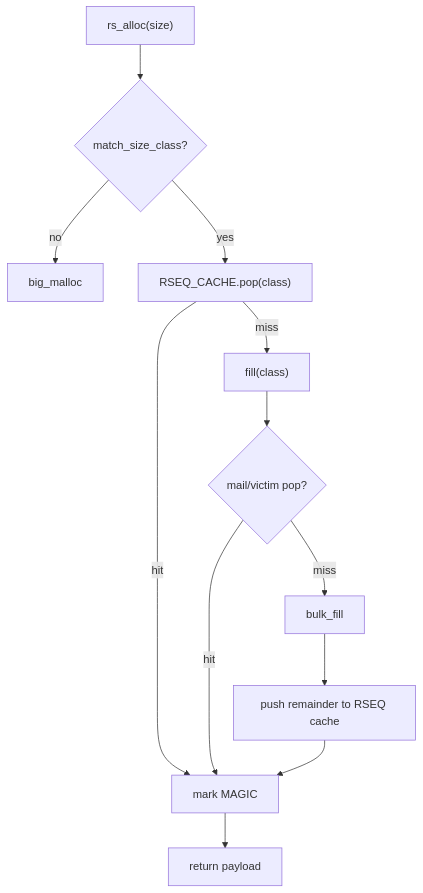
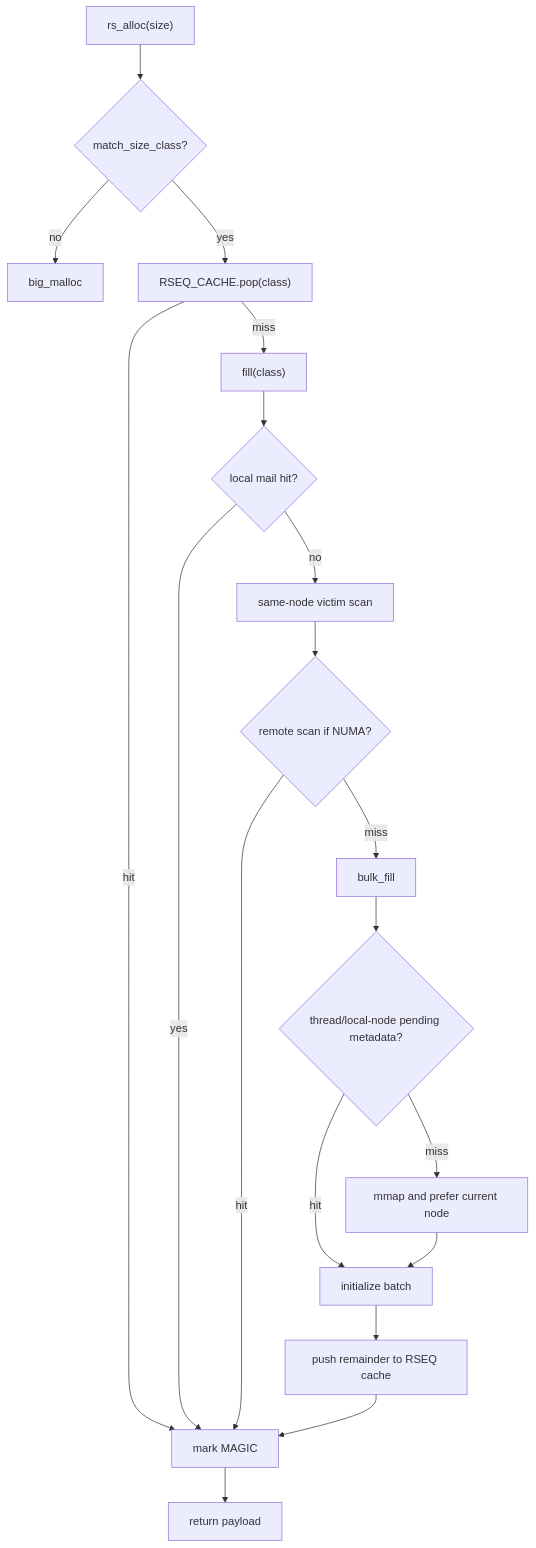
Before and after one commit to Metehan120/rsmalloc: the second of 4 diagrams in architecture.md, drawn with Mermaid. The commit also changed other lines of this file, not shown here.

Commit message:
mermaid update

````diff
--- a/architecture.md
+++ b/architecture.md
@@ -97,14 +109,21 @@
 ```mermaid
 flowchart TD
     A["rs_alloc(size)"] --> B{"match_size_class?"}
     B -- "no" --> BIG["big_malloc"]
     B -- "yes" --> C["RSEQ_CACHE.pop(class)"]
     C -- "hit" --> D["mark MAGIC"]
     C -- "miss" --> E["fill(class)"]
-    E --> F{"mail/victim pop?"}
-    F -- "hit" --> D
-    F -- "miss" --> G["bulk_fill"]
-    G --> H["push remainder to RSEQ cache"]
+    E --> F{"local mail hit?"}
+    F -- "yes" --> D
+    F -- "no" --> N["same-node victim scan"]
+    N --> R{"remote scan if NUMA?"}
+    R -- "hit" --> D
+    R -- "miss" --> G["bulk_fill"]
+    G --> P{"thread/local-node pending metadata?"}
+    P -- "hit" --> I["initialize batch"]
+    P -- "miss" --> M["mmap and prefer current node"]
+    M --> I
+    I --> H["push remainder to RSEQ cache"]
     H --> D
     D --> RET["return payload"]
 ```
````
